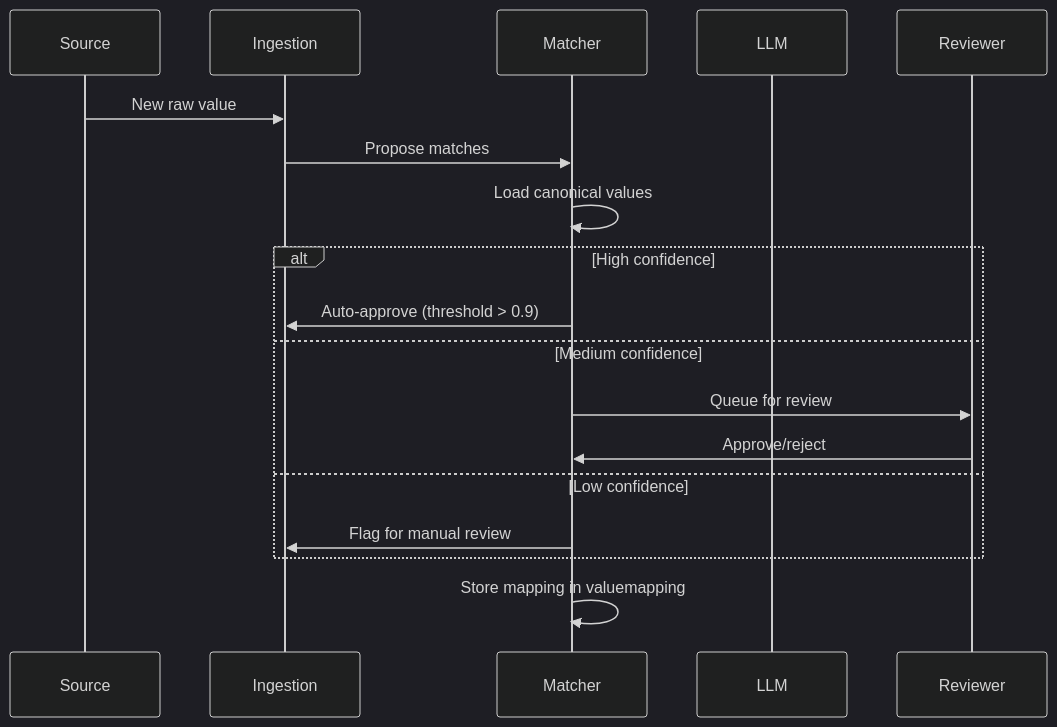
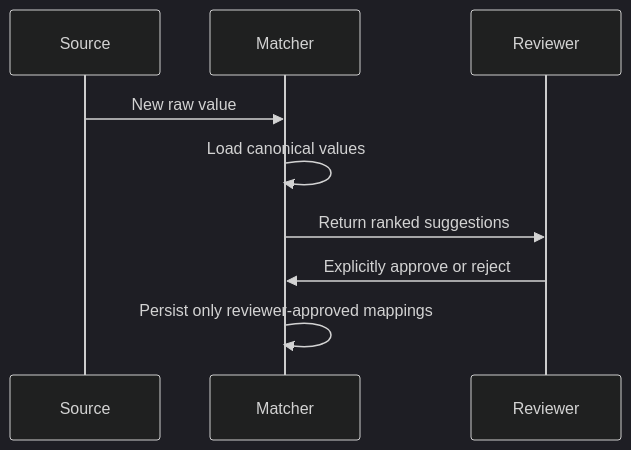
The fifth of 5 diagrams in docs/architecture.md (rezer-bleede/refdata-hub), drawn with Mermaid (dark theme) before and after one commit. The commit also changed other lines of this file and 44 other files, not shown here.

````diff
--- a/docs/architecture.md
+++ b/docs/architecture.md
@@ -237,23 +232,13 @@
 ```mermaid
 sequenceDiagram
     participant Source
-    participant Ingestion
     participant Matcher
-    participant LLM
     participant Reviewer
     
-    Source->>Ingestion: New raw value
-    Ingestion->>Matcher: Propose matches
+    Source->>Matcher: New raw value
     Matcher->>Matcher: Load canonical values
     
-    alt High confidence
-        Matcher->>Ingestion: Auto-approve (threshold > 0.9)
-    else Medium confidence
-        Matcher->>Reviewer: Queue for review
-        Reviewer->>Matcher: Approve/reject
-    else Low confidence
-        Matcher->>Ingestion: Flag for manual review
-    end
-    
-    Matcher->>Matcher: Store mapping in valuemapping
+    Matcher->>Reviewer: Return ranked suggestions
+    Reviewer->>Matcher: Explicitly approve or reject
+    Matcher->>Matcher: Persist only reviewer-approved mappings
 ```
````
